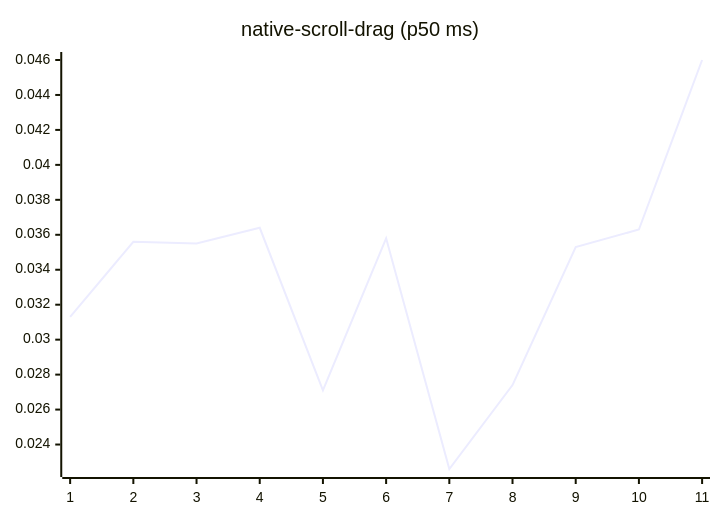
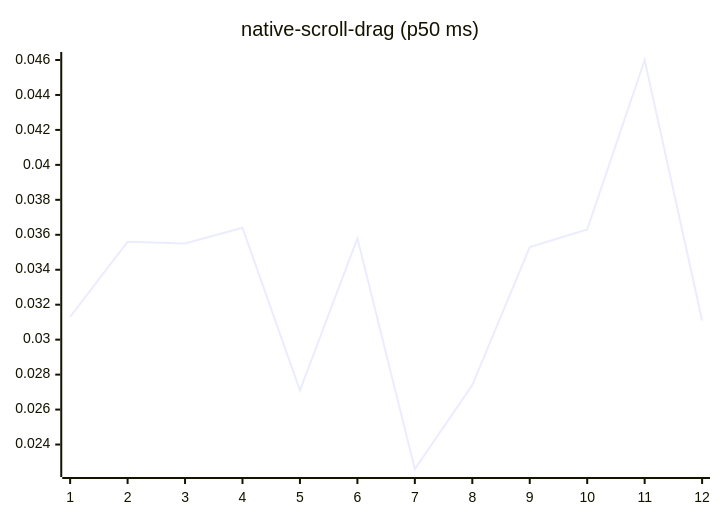
Diagram 14 of 27 in README.md (josha/Facet), drawn with Mermaid before and after one commit. The commit also changed other lines of this file and 2 other files, not shown here.

````diff
--- a/README.md
+++ b/README.md
@@ -154,6 +154,6 @@
 ```mermaid
 xychart-beta
     title "native-scroll-drag (p50 ms)"
-    x-axis 1 --> 11
-    line [0.0313, 0.0356, 0.0355, 0.0364, 0.0271, 0.0358, 0.0226, 0.0274, 0.0353, 0.0363, 0.0460]
+    x-axis 1 --> 12
+    line [0.0313, 0.0356, 0.0355, 0.0364, 0.0271, 0.0358, 0.0226, 0.0274, 0.0353, 0.0363, 0.0460, 0.0311]
 ```
````
